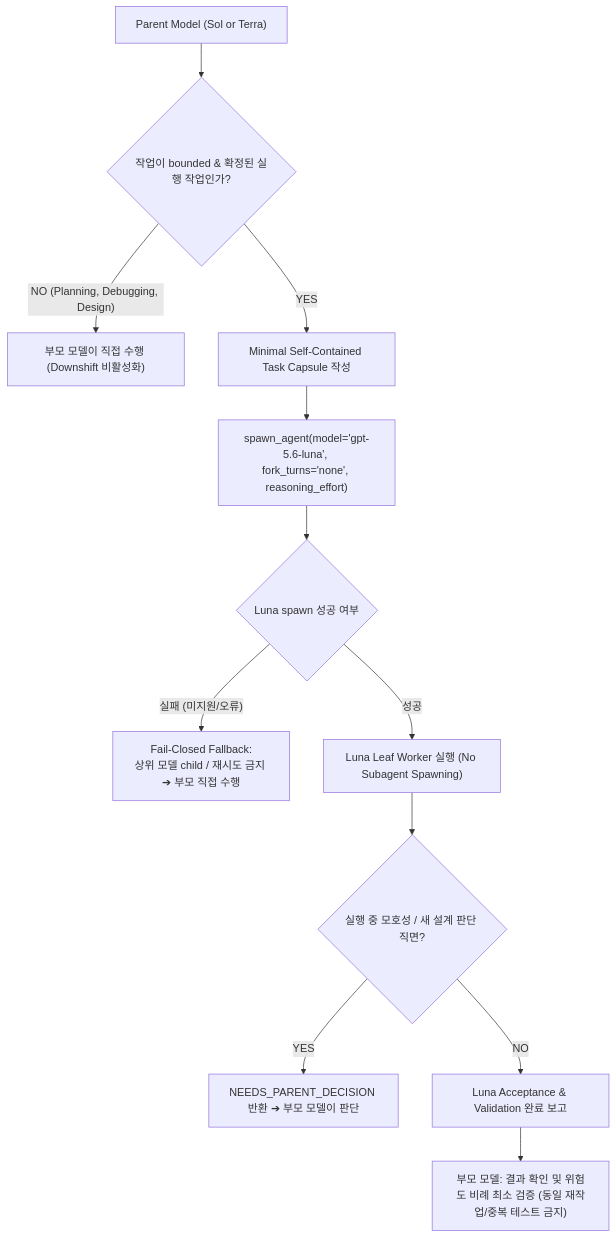
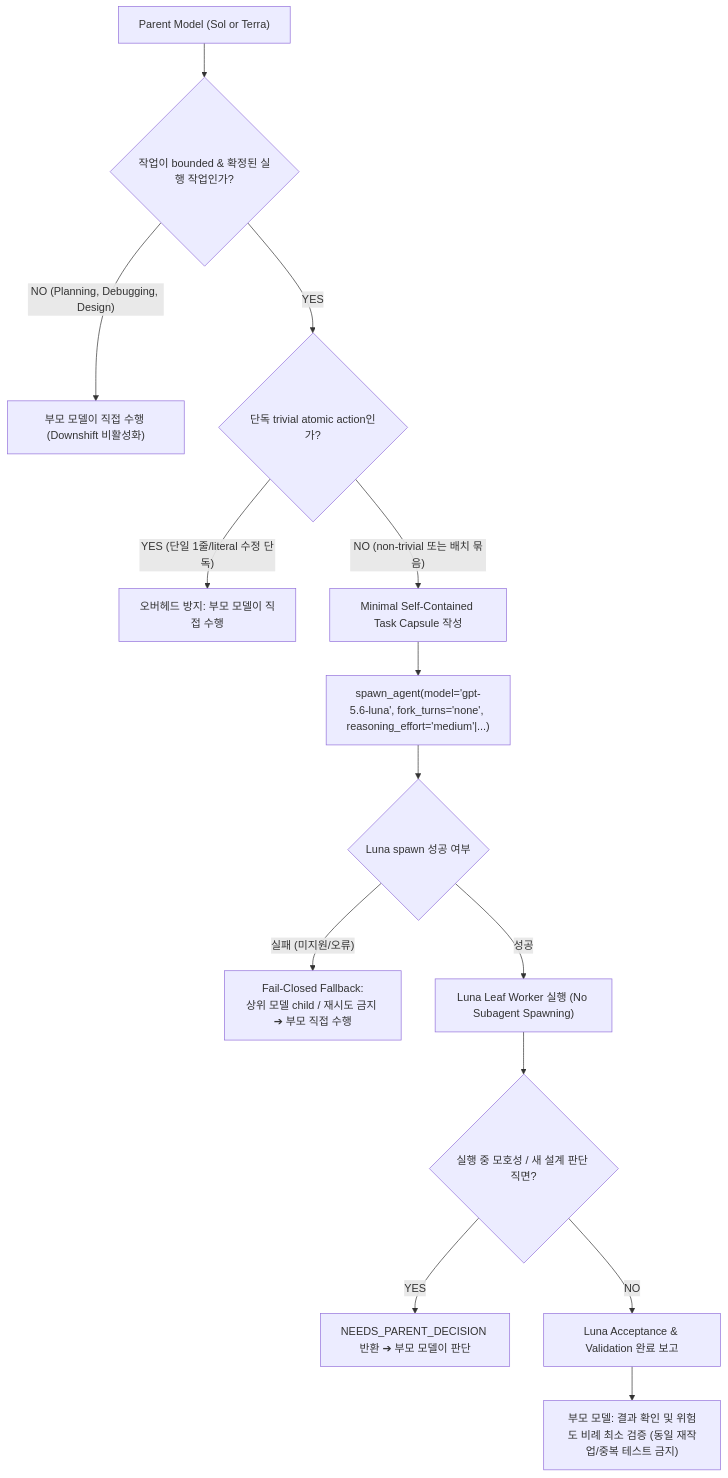
One commit to callorange/codex-downshift changed the diagram in skills/codex-downshift/SKILL.md. Above: the diagram before and after it, drawn with Mermaid. The commit also changed other lines of this file and 5 other files, not shown here.

````diff
--- a/skills/codex-downshift/SKILL.md
+++ b/skills/codex-downshift/SKILL.md
@@ -21,14 +21,16 @@
 ```mermaid
 flowchart TD
     A["Parent Model (Sol or Terra)"] --> B{"작업이 bounded & 확정된 실행 작업인가?"}
     B -- "NO (Planning, Debugging, Design)" --> C["부모 모델이 직접 수행 (Downshift 비활성화)"]
-    B -- "YES" --> D["Minimal Self-Contained Task Capsule 작성"]
-    D --> E["spawn_agent(model='gpt-5.6-luna', fork_turns='none', reasoning_effort)"]
-    E --> F{"Luna spawn 성공 여부"}
-    F -- "실패 (미지원/오류)" --> G["Fail-Closed Fallback:<br/>상위 모델 child / 재시도 금지 ➔ 부모 직접 수행"]
-    F -- "성공" --> H["Luna Leaf Worker 실행 (No Subagent Spawning)"]
-    H --> I{"실행 중 모호성 / 새 설계 판단 직면?"}
-    I -- "YES" --> J["NEEDS_PARENT_DECISION 반환 ➔ 부모 모델이 판단"]
-    I -- "NO" --> K["Luna Acceptance & Validation 완료 보고"]
-    K --> L["부모 모델: 결과 확인 및 위험도 비례 최소 검증 (동일 재작업/중복 테스트 금지)"]
+    B -- "YES" --> D{"단독 trivial atomic action인가?"}
+    D -- "YES (단일 1줄/literal 수정 단독)" --> E["오버헤드 방지: 부모 모델이 직접 수행"]
+    D -- "NO (non-trivial 또는 배치 묶음)" --> F["Minimal Self-Contained Task Capsule 작성"]
+    F --> G["spawn_agent(model='gpt-5.6-luna', fork_turns='none', reasoning_effort='medium'|...)"]
+    G --> H{"Luna spawn 성공 여부"}
+    H -- "실패 (미지원/오류)" --> I["Fail-Closed Fallback:<br/>상위 모델 child / 재시도 금지 ➔ 부모 직접 수행"]
+    H -- "성공" --> J["Luna Leaf Worker 실행 (No Subagent Spawning)"]
+    J --> K{"실행 중 모호성 / 새 설계 판단 직면?"}
+    K -- "YES" --> L["NEEDS_PARENT_DECISION 반환 ➔ 부모 모델이 판단"]
+    K -- "NO" --> M["Luna Acceptance & Validation 완료 보고"]
+    M --> N["부모 모델: 결과 확인 및 위험도 비례 최소 검증 (동일 재작업/중복 테스트 금지)"]
 ```
````
